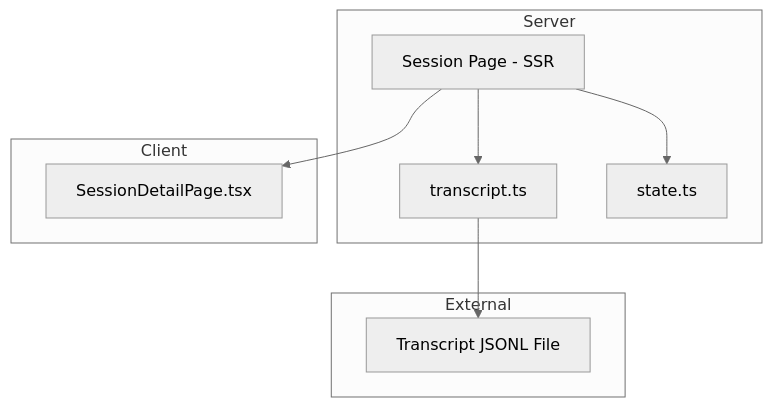
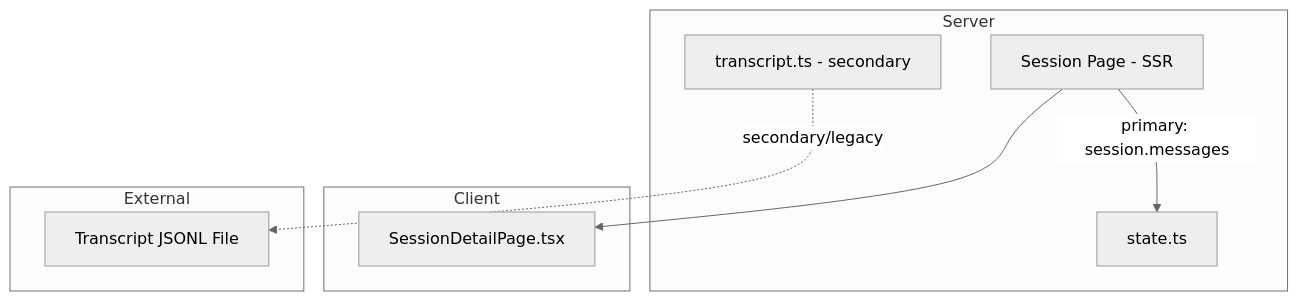
The first of 3 diagrams in .kiro/specs/transcript-viewer/design.md (amhuppert/remote-ai-manager), drawn with Mermaid (neutral theme) before and after one commit. The commit also changed other lines of this file and 44 other files, not shown here.

````diff
--- a/.kiro/specs/transcript-viewer/design.md
+++ b/.kiro/specs/transcript-viewer/design.md
@@ -45,21 +47,20 @@
 ```mermaid
 graph TB
     subgraph Server
         Page[Session Page - SSR]
-        Transcript[transcript.ts]
+        Transcript[transcript.ts - secondary]
         State[state.ts]
     end
 
     subgraph Client
         DetailPage[SessionDetailPage.tsx]
     end
 
     subgraph External
         JSONL[Transcript JSONL File]
     end
 
-    Page --> Transcript
-    Page --> State
+    Page -->|primary: session.messages| State
     Page --> DetailPage
-    Transcript --> JSONL
+    Transcript -.->|secondary/legacy| JSONL
 ```
````
